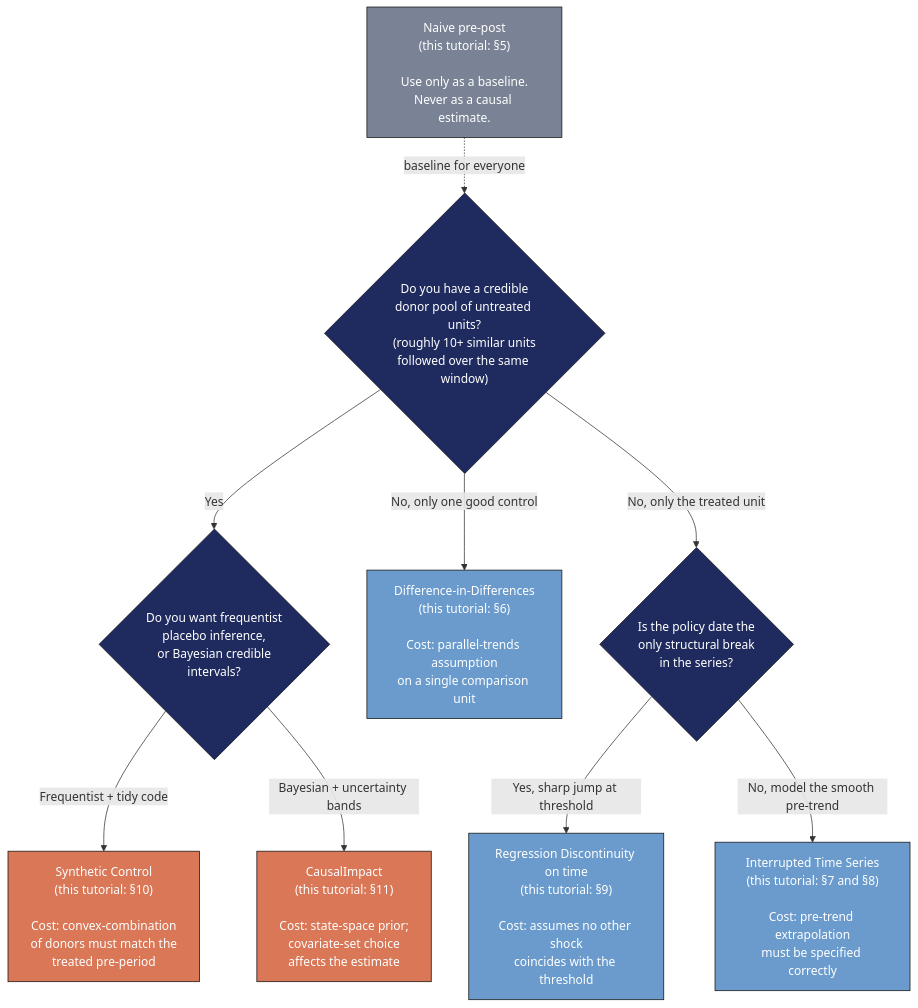
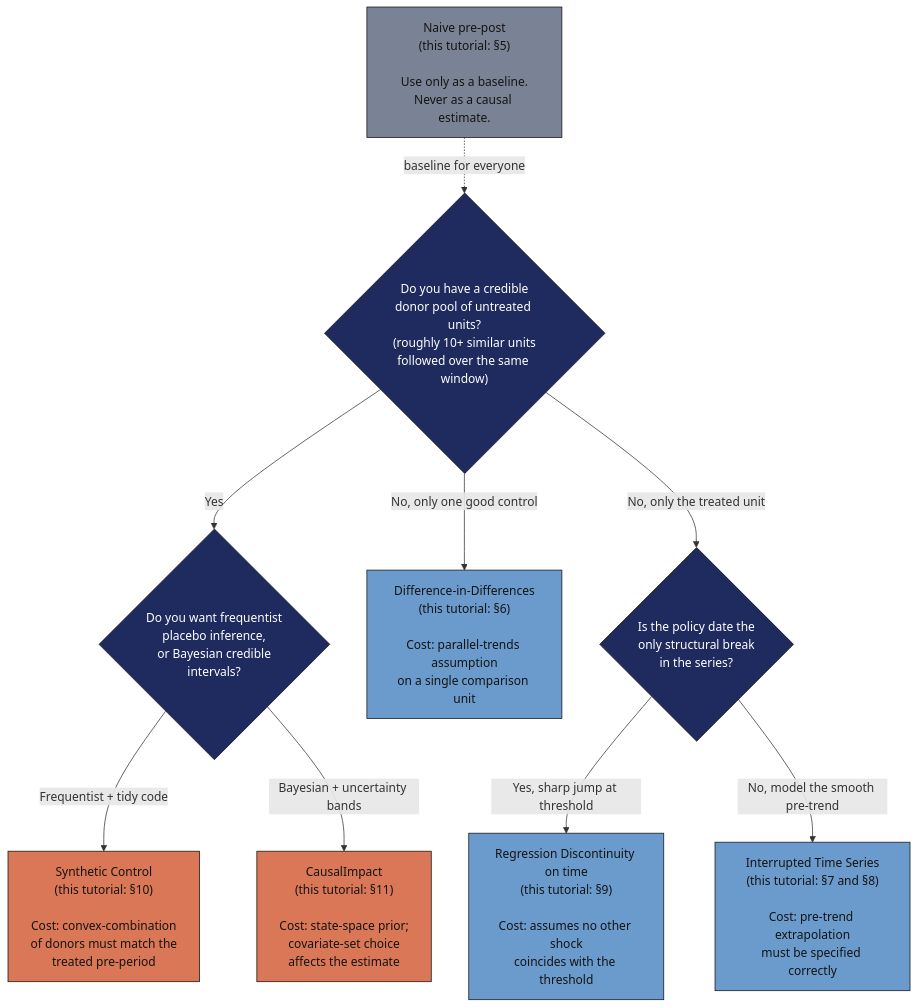
One commit to cmg777/starter-academic-v501 changed the second of 5 diagrams in content/post/r_causalpolicy_workshop/index.md. Above: the diagram before and after it, drawn with Mermaid. The commit also changed other lines of this file and 67 other files, not shown here.

First line of the commit message:
fix(mermaid): readable diagram text in both themes across the site

````diff
--- a/content/post/r_causalpolicy_workshop/index.md
+++ b/content/post/r_causalpolicy_workshop/index.md
@@ -148,25 +148,28 @@
 ```mermaid
 flowchart TB
     Q1{"Do you have a credible<br/>donor pool of untreated units?<br/>(roughly 10+ similar units<br/>followed over the same window)"}
     Q1 -->|Yes| Q2{"Do you want frequentist<br/>placebo inference,<br/>or Bayesian credible<br/>intervals?"}
     Q1 -->|No, only one good control| DiD["Difference-in-Differences<br/>(this tutorial: §6)<br/><br/>Cost: parallel-trends assumption<br/>on a single comparison unit"]
     Q1 -->|No, only the treated unit| Q3{"Is the policy date the<br/>only structural break<br/>in the series?"}
 
     Q2 -->|Frequentist + tidy code| SCM["Synthetic Control<br/>(this tutorial: §10)<br/><br/>Cost: convex-combination<br/>of donors must match the<br/>treated pre-period"]
     Q2 -->|Bayesian + uncertainty bands| CI["CausalImpact<br/>(this tutorial: §11)<br/><br/>Cost: state-space prior;<br/>covariate-set choice<br/>affects the estimate"]
 
     Q3 -->|Yes, sharp jump at threshold| RDD["Regression Discontinuity on time<br/>(this tutorial: §9)<br/><br/>Cost: assumes no other shock<br/>coincides with the threshold"]
     Q3 -->|No, model the smooth pre-trend| ITS["Interrupted Time Series<br/>(this tutorial: §7 and §8)<br/><br/>Cost: pre-trend extrapolation<br/>must be specified correctly"]
 
     NAIVE["Naive pre-post<br/>(this tutorial: §5)<br/><br/>Use only as a baseline.<br/>Never as a causal estimate."] -.->|"baseline for everyone"| Q1
 
-    style Q1 fill:#1f2b5e,stroke:#141413,color:#fff
-    style Q2 fill:#1f2b5e,stroke:#141413,color:#fff
-    style Q3 fill:#1f2b5e,stroke:#141413,color:#fff
-    style DiD fill:#6a9bcc,stroke:#141413,color:#fff
-    style SCM fill:#d97757,stroke:#141413,color:#fff
-    style CI fill:#d97757,stroke:#141413,color:#fff
-    style RDD fill:#6a9bcc,stroke:#141413,color:#fff
-    style ITS fill:#6a9bcc,stroke:#141413,color:#fff
-    style NAIVE fill:#7a8395,stroke:#141413,color:#fff
+    classDef sty_Q1 fill:#1f2b5e,stroke:#141413,color:#fff
+    class Q1 sty_Q1
+    classDef sty_Q2 fill:#1f2b5e,stroke:#141413,color:#fff
+    class Q2 sty_Q2
+    classDef sty_Q3 fill:#1f2b5e,stroke:#141413,color:#fff
+    class Q3 sty_Q3
+    style DiD fill:#6a9bcc,stroke:#141413,color:#141413
+    style SCM fill:#d97757,stroke:#141413,color:#141413
+    style CI fill:#d97757,stroke:#141413,color:#141413
+    style RDD fill:#6a9bcc,stroke:#141413,color:#141413
+    style ITS fill:#6a9bcc,stroke:#141413,color:#141413
+    style NAIVE fill:#7a8395,stroke:#141413,color:#141413
 ```
````
